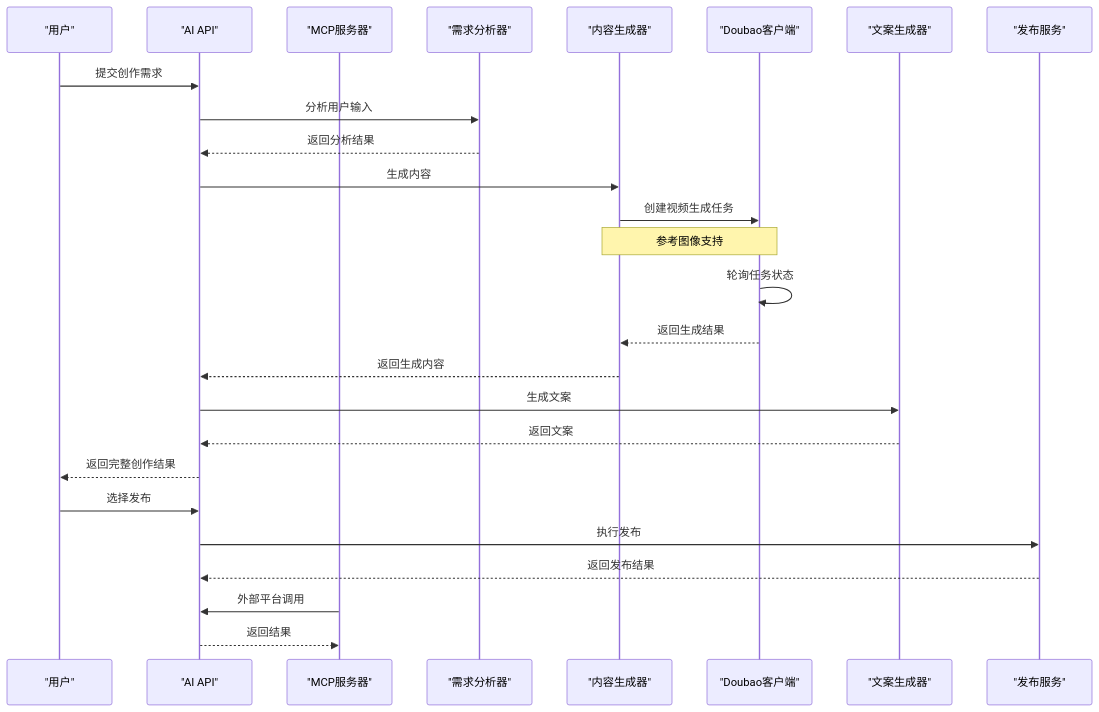
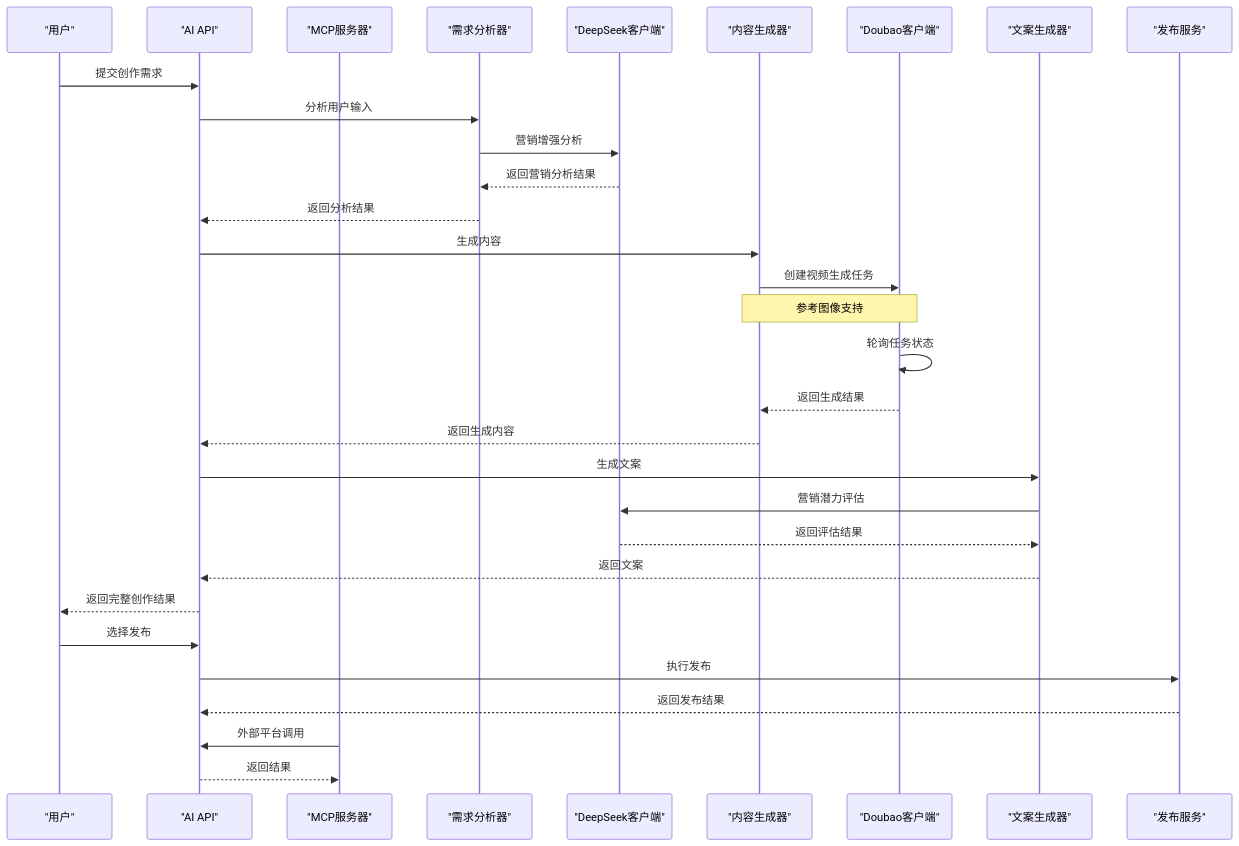
The eighth of 16 diagrams in .qoder/repowiki/zh/content/核心模块详解/AI内容生成系统/AI内容生成系统.md (songdiyang/clawOperations), drawn with Mermaid before and after one commit. The commit also changed other lines of this file and 10 other files, not shown here.

````diff
--- a/.qoder/repowiki/zh/content/核心模块详解/AI内容生成系统/AI内容生成系统.md
+++ b/.qoder/repowiki/zh/content/核心模块详解/AI内容生成系统/AI内容生成系统.md
@@ -478,28 +530,33 @@
 ```mermaid
 sequenceDiagram
 participant User as "用户"
 participant API as "AI API"
 participant MCP as "MCP服务器"
 participant Analyzer as "需求分析器"
+participant DeepSeek as "DeepSeek客户端"
 participant Generator as "内容生成器"
 participant DoubaoClient as "Doubao客户端"
 participant Copywriter as "文案生成器"
 participant Publisher as "发布服务"
 User->>API : 提交创作需求
 API->>Analyzer : 分析用户输入
+Analyzer->>DeepSeek : 营销增强分析
+DeepSeek-->>Analyzer : 返回营销分析结果
 Analyzer-->>API : 返回分析结果
 API->>Generator : 生成内容
 Generator->>DoubaoClient : 创建视频生成任务
 Note over Generator,DoubaoClient : 参考图像支持
 DoubaoClient->>DoubaoClient : 轮询任务状态
 DoubaoClient-->>Generator : 返回生成结果
 Generator-->>API : 返回生成内容
 API->>Copywriter : 生成文案
+Copywriter->>DeepSeek : 营销潜力评估
+DeepSeek-->>Copywriter : 返回评估结果
 Copywriter-->>API : 返回文案
 API-->>User : 返回完整创作结果
 User->>API : 选择发布
 API->>Publisher : 执行发布
 Publisher-->>API : 返回发布结果
 MCP->>API : 外部平台调用
 API-->>MCP : 返回结果
 ```
````
